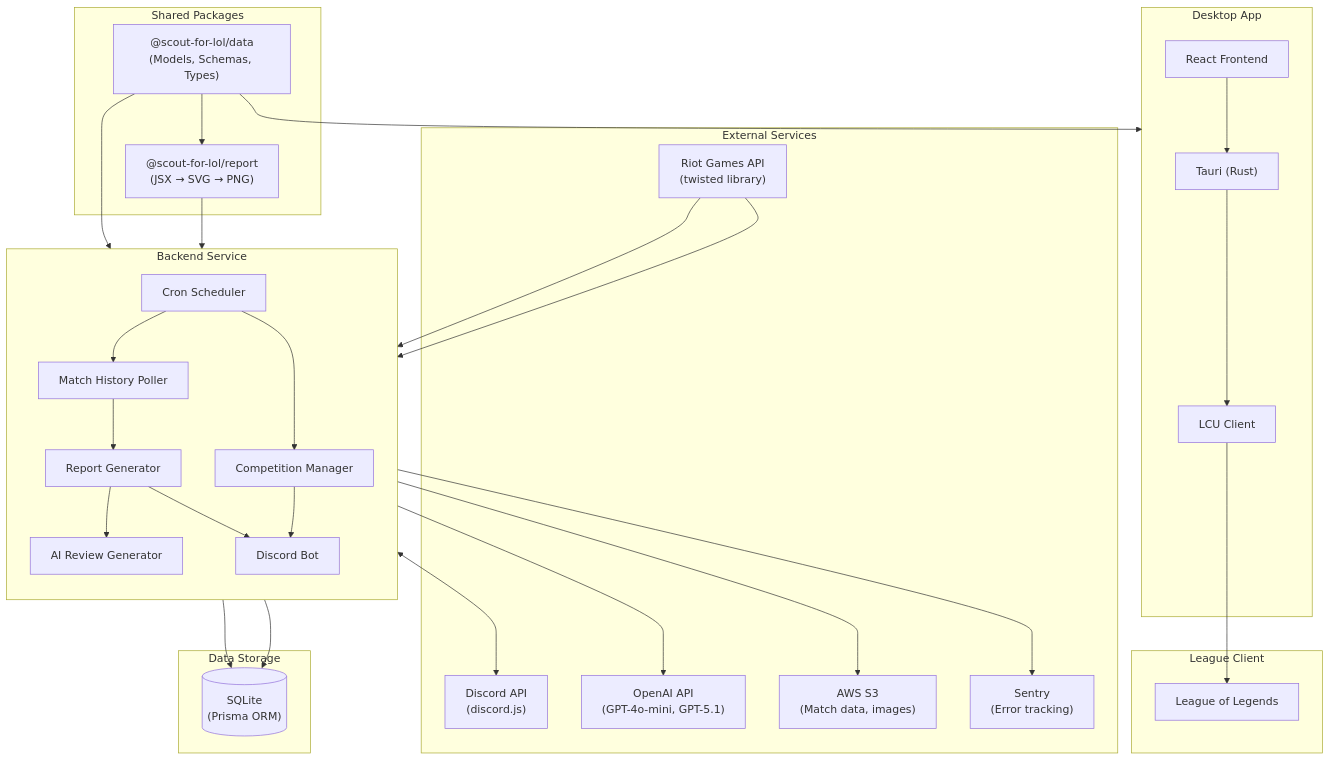
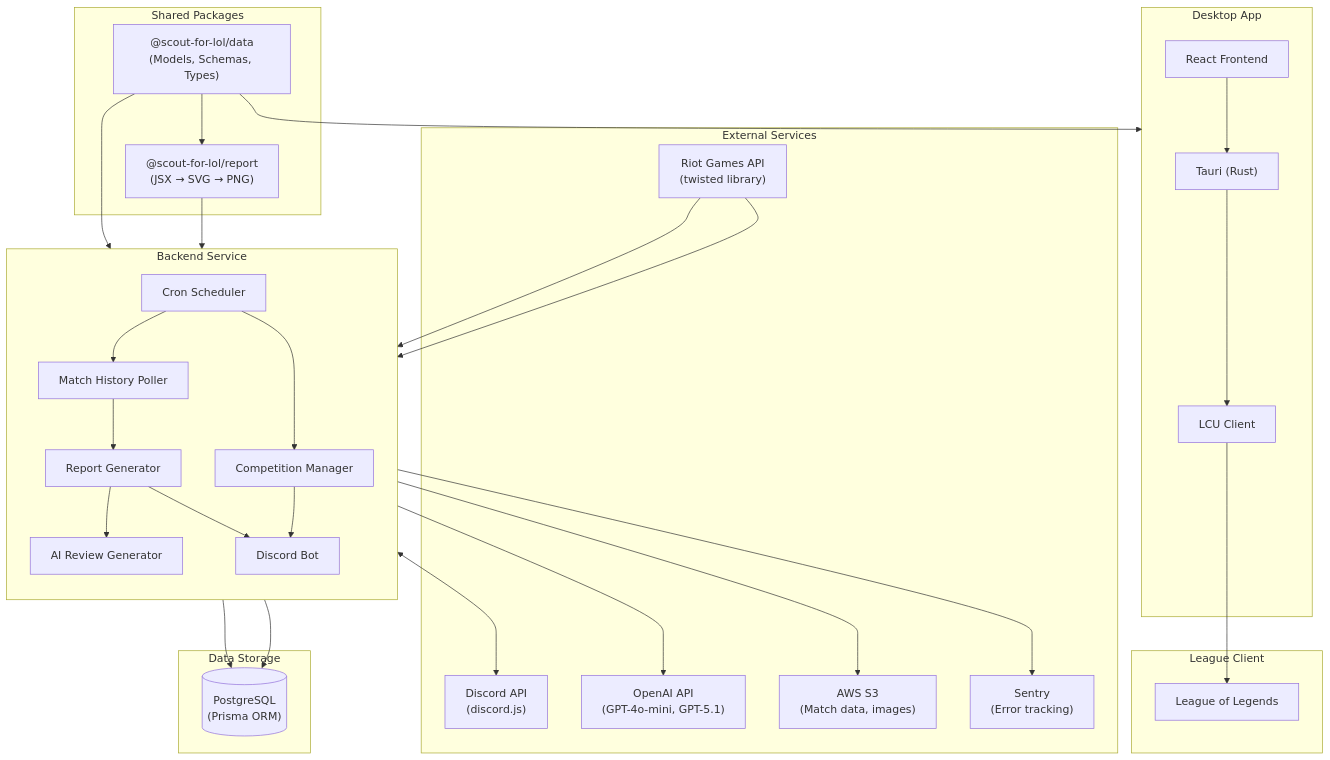
Before and after one commit to shepherdjerred/monorepo: the first of 8 diagrams in packages/scout-for-lol/docs/architecture.md, drawn with Mermaid. The commit also changed 8 other files, not shown here.

````diff
--- a/packages/scout-for-lol/docs/architecture.md
+++ b/packages/scout-for-lol/docs/architecture.md
@@ -7,68 +7,68 @@
 ```mermaid
 flowchart TB
     subgraph External["External Services"]
         RIOT["Riot Games API<br/>(twisted library)"]
         DISCORD_API["Discord API<br/>(discord.js)"]
         OPENAI["OpenAI API<br/>(GPT-4o-mini, GPT-5.1)"]
         S3["AWS S3<br/>(Match data, images)"]
         SENTRY["Sentry<br/>(Error tracking)"]
     end
 
     subgraph Backend["Backend Service"]
         direction TB
         BOT["Discord Bot"]
         CRON["Cron Scheduler"]
         MATCH_POLLER["Match History Poller"]
         REPORT_GEN["Report Generator"]
         AI_REVIEW["AI Review Generator"]
         COMPETITION["Competition Manager"]
     end
 
     subgraph SharedPkg["Shared Packages"]
         DATA["@scout-for-lol/data<br/>(Models, Schemas, Types)"]
         REPORT["@scout-for-lol/report<br/>(JSX → SVG → PNG)"]
     end
 
     subgraph Desktop["Desktop App"]
         TAURI["Tauri (Rust)"]
         REACT["React Frontend"]
         LCU["LCU Client"]
     end
 
     subgraph Storage["Data Storage"]
-        DB[("SQLite<br/>(Prisma ORM)")]
+        DB[("PostgreSQL<br/>(Prisma ORM)")]
     end
 
     subgraph LOL["League Client"]
         LEAGUE_CLIENT["League of Legends"]
     end
 
     %% External connections
     RIOT --> MATCH_POLLER
     RIOT --> COMPETITION
     BOT <--> DISCORD_API
     AI_REVIEW --> OPENAI
     REPORT_GEN --> S3
     Backend --> SENTRY
 
     %% Internal backend connections
     CRON --> MATCH_POLLER
     CRON --> COMPETITION
     MATCH_POLLER --> REPORT_GEN
     REPORT_GEN --> AI_REVIEW
     REPORT_GEN --> BOT
     BOT --> DB
     COMPETITION --> DB
     COMPETITION --> BOT
 
     %% Package dependencies
     DATA --> Backend
     REPORT --> REPORT_GEN
     DATA --> REPORT
     DATA --> Desktop
 
     %% Desktop connections
     LCU --> LEAGUE_CLIENT
     TAURI --> LCU
     REACT --> TAURI
 ```
````
